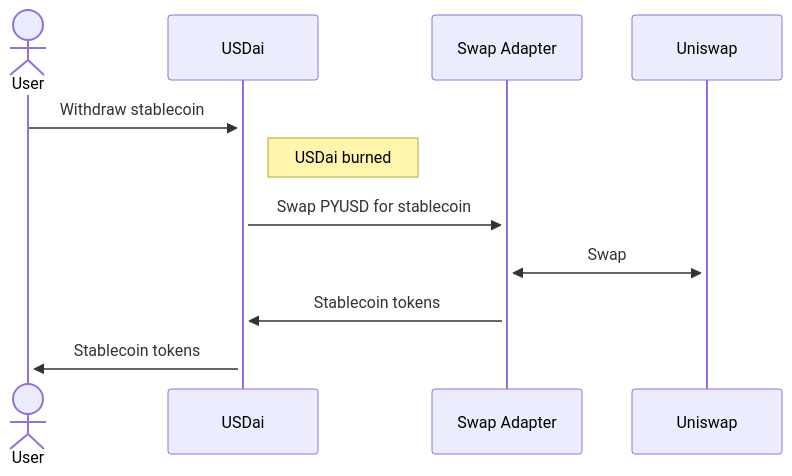
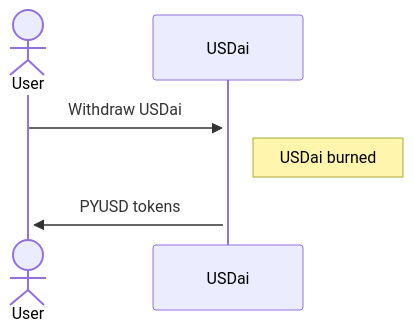
One commit to usdai-foundation/usdai-contracts changed the second of 9 diagrams in docs/DESIGN.md. Above: the diagram before and after it, drawn with Mermaid. The commit also changed other lines of this file and 33 other files, not shown here.

Commit message:
src: remove swap adapters from USDai

````diff
--- a/docs/DESIGN.md
+++ b/docs/DESIGN.md
@@ -67,10 +55,7 @@
 ```mermaid
 sequenceDiagram
     actor User
-    User->>+USDai: Withdraw stablecoin
+    User->>+USDai: Withdraw USDai
     Note right of USDai: USDai burned
-    USDai->>+Swap Adapter: Swap PYUSD for stablecoin
-    Swap Adapter<<->>+Uniswap: Swap
-    Swap Adapter->>+USDai: Stablecoin tokens
-    USDai->>+User: Stablecoin tokens
+    USDai->>+User: PYUSD tokens
 ```
````
